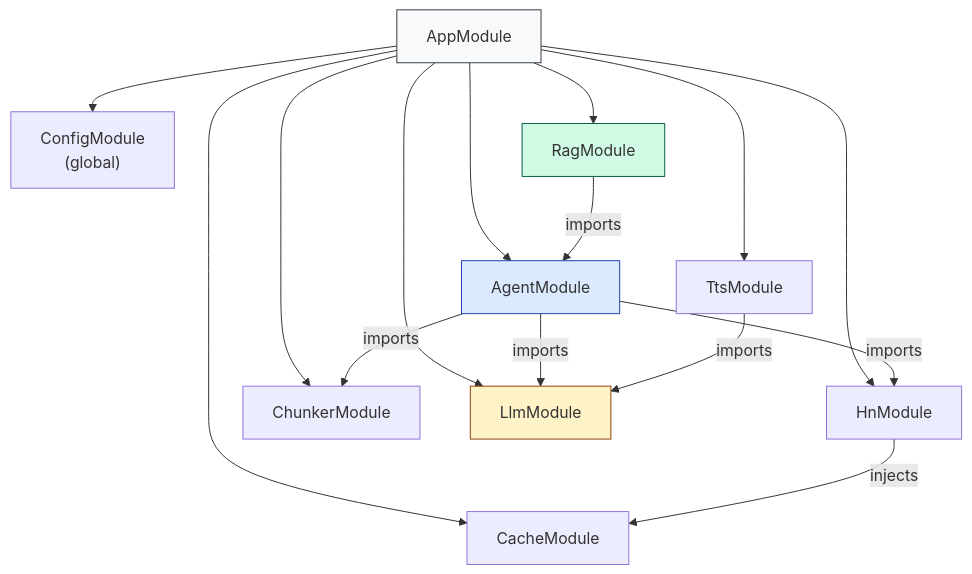
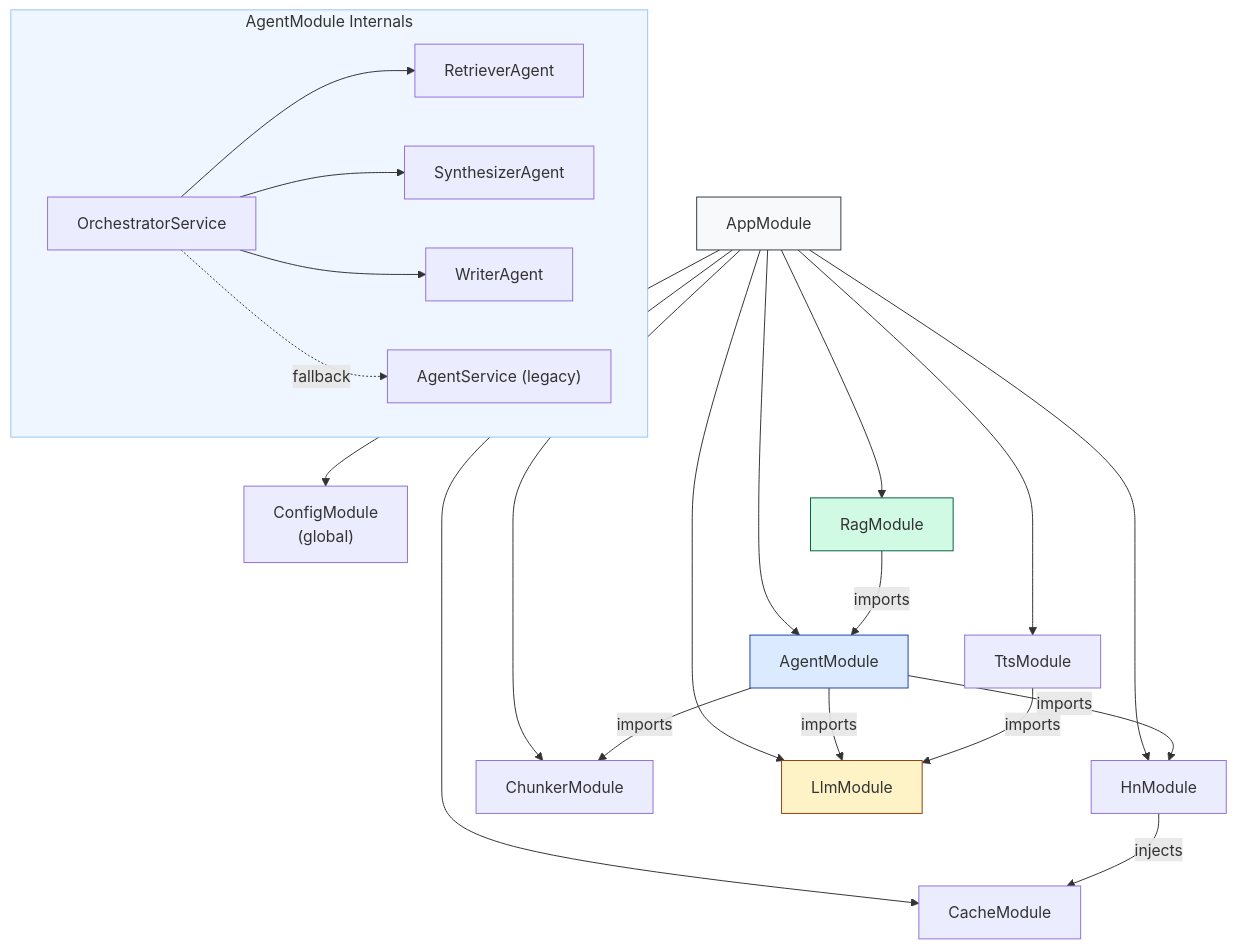
The second of 3 diagrams in architecture.md (darth-dodo/voxpopuli), drawn with Mermaid before and after one commit. The commit also changed other lines of this file and 1 other file, not shown here.

First line of the commit message:
feat: v2 multi agent spec (#14)

````diff
--- a/architecture.md
+++ b/architecture.md
@@ -81,23 +93,36 @@
 ```mermaid
 graph TD
     APP["AppModule"] --> CONFIG["ConfigModule<br/>(global)"]
     APP --> CACHE_M["CacheModule"]
     APP --> HN_M["HnModule"]
     APP --> CHUNK_M["ChunkerModule"]
     APP --> LLM_M["LlmModule"]
     APP --> TTS_M["TtsModule"]
     APP --> AGENT_M["AgentModule"]
     APP --> RAG_M["RagModule"]
 
     HN_M -->|injects| CACHE_M
     AGENT_M -->|imports| HN_M
     AGENT_M -->|imports| CHUNK_M
     AGENT_M -->|imports| LLM_M
     TTS_M -->|imports| LLM_M
     RAG_M -->|imports| AGENT_M
 
+    subgraph AGENT_M_INTERNAL ["AgentModule Internals"]
+        ORCH_S["OrchestratorService"]
+        RET_A["RetrieverAgent"]
+        SYN_A["SynthesizerAgent"]
+        WRT_A["WriterAgent"]
+        LEGACY["AgentService (legacy)"]
+        ORCH_S --> RET_A
+        ORCH_S --> SYN_A
+        ORCH_S --> WRT_A
+        ORCH_S -.->|fallback| LEGACY
+    end
+
     style APP fill:#f8f9fa,stroke:#343a40
     style AGENT_M fill:#dbeafe,stroke:#1e40af
     style LLM_M fill:#fef3c7,stroke:#92400e
     style RAG_M fill:#d1fae5,stroke:#065f46
+    style AGENT_M_INTERNAL fill:#eff6ff,stroke:#93c5fd
 ```
````
